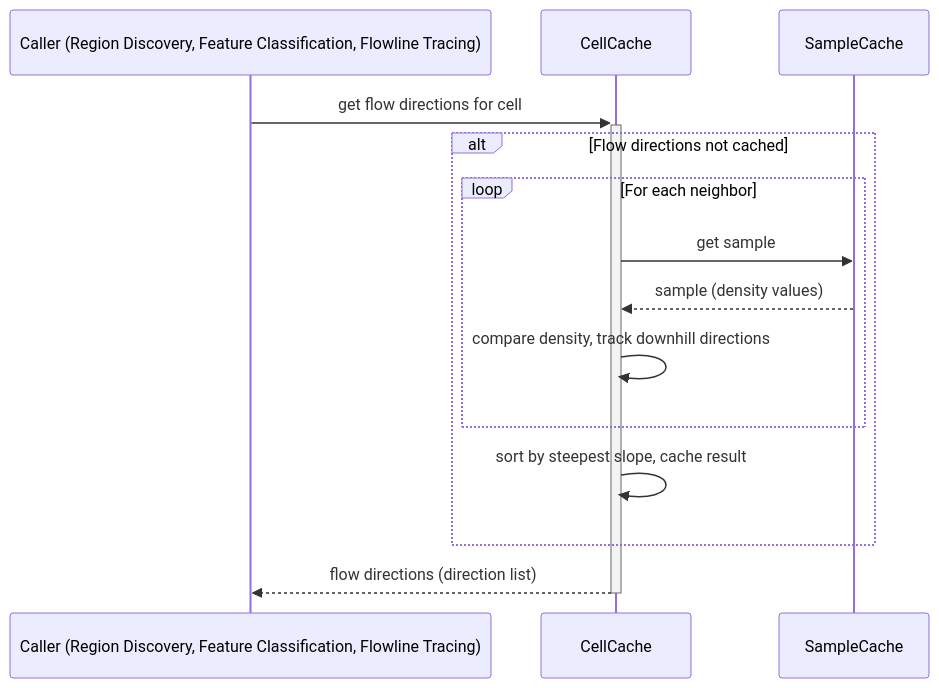
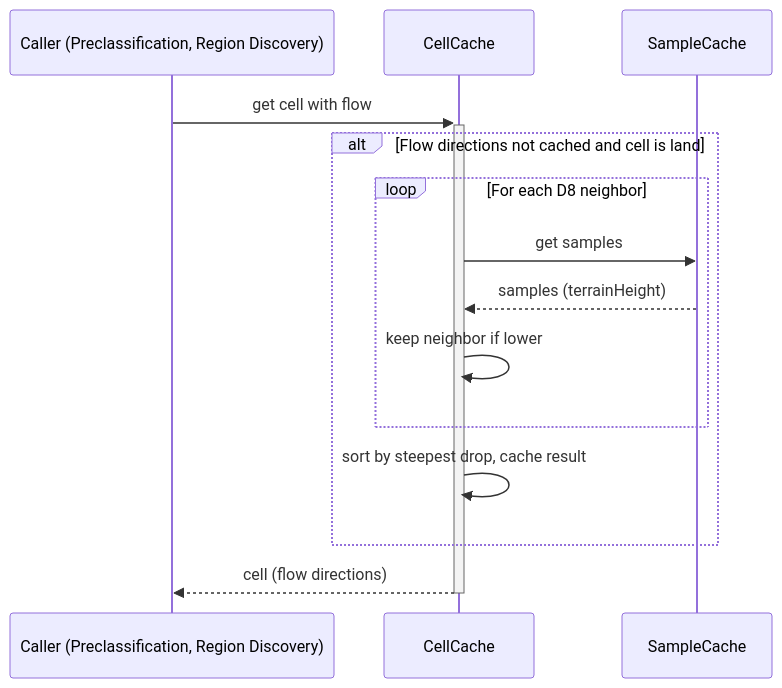
One commit to SoSly/RiverTale changed the seventh of 22 diagrams in docs/features/rivers/Rough Diagrams.md. Above: the diagram before and after it, drawn with Mermaid. The commit also changed other lines of this file and 33 other files, not shown here.

Commit message:
docs: replace stale feature docs with an accurate rough diagrams map

````diff
--- a/docs/features/rivers/Rough Diagrams.md
+++ b/docs/features/rivers/Rough Diagrams.md
@@ -154,19 +237,19 @@
 ```mermaid
 sequenceDiagram
-    participant Caller as Caller (Region Discovery, Feature Classification, Flowline Tracing)
+    participant Caller as Caller (Preclassification, Region Discovery)
     participant CellCache
     participant SampleCache
 
-    Caller ->>+ CellCache: get flow directions for cell
+    Caller ->>+ CellCache: get cell with flow
 
-    alt Flow directions not cached
-        loop For each neighbor
-            CellCache ->> SampleCache: get sample
-            SampleCache -->> CellCache: sample (density values)
-            CellCache ->> CellCache: compare density, track downhill directions
+    alt Flow directions not cached and cell is land
+        loop For each D8 neighbor
+            CellCache ->> SampleCache: get samples
+            SampleCache -->> CellCache: samples (terrainHeight)
+            CellCache ->> CellCache: keep neighbor if lower
         end
-        CellCache ->> CellCache: sort by steepest slope, cache result
+        CellCache ->> CellCache: sort by steepest drop, cache result
     end
 
-    CellCache -->>- Caller: flow directions (direction list)
+    CellCache -->>- Caller: cell (flow directions)
 ```
````
